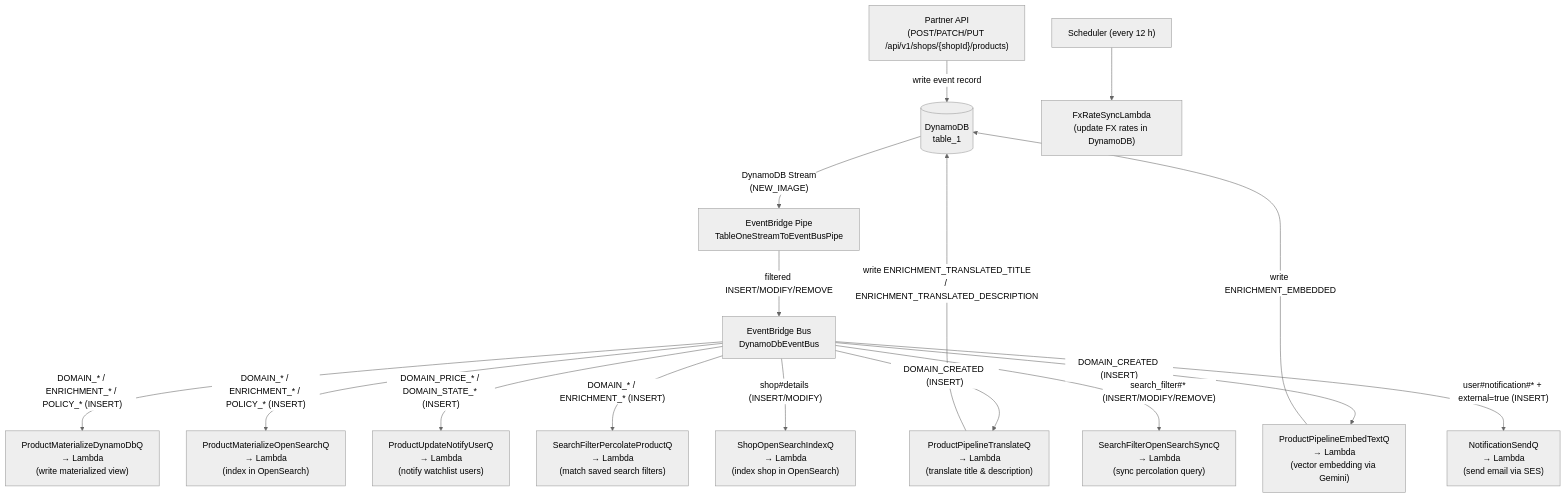
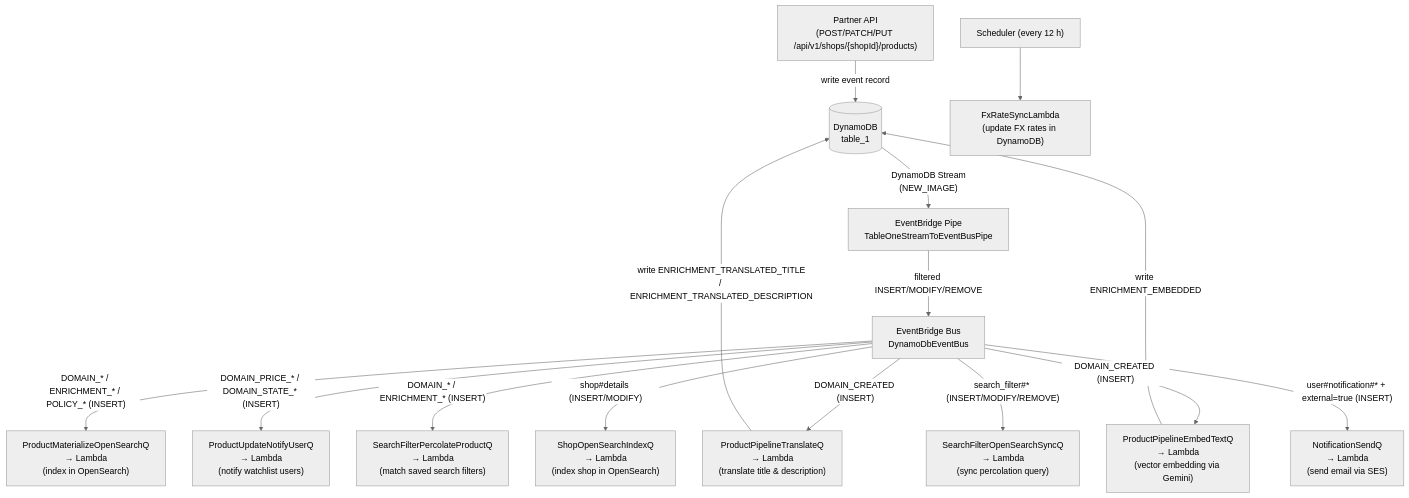
Before and after one commit to aura-historia/backend: the first of 2 diagrams in docs/events/flow.md, drawn with Mermaid (neutral theme). The commit also changed other lines of this file and 24 other files, not shown here.

````diff
--- a/docs/events/flow.md
+++ b/docs/events/flow.md
@@ -32,37 +31,36 @@
 ```mermaid
 flowchart TD
     API["Partner API\n(POST/PATCH/PUT /api/v1/shops/{shopId}/products)"]
     DB[("DynamoDB\ntable_1")]
     PIPE["EventBridge Pipe\nTableOneStreamToEventBusPipe"]
     BUS["EventBridge Bus\nDynamoDbEventBus"]
 
     API -->|"write event record"| DB
     DB -->|"DynamoDB Stream\n(NEW_IMAGE)"| PIPE
     PIPE -->|"filtered INSERT/MODIFY/REMOVE"| BUS
 
     %% Materialization
-    BUS -->|"DOMAIN_* / ENRICHMENT_* / POLICY_* (INSERT)"| MatDDB["ProductMaterializeDynamoDbQ\n→ Lambda\n(write materialized view)"]
     BUS -->|"DOMAIN_* / ENRICHMENT_* / POLICY_* (INSERT)"| MatOS["ProductMaterializeOpenSearchQ\n→ Lambda\n(index in OpenSearch)"]
 
     %% User notifications (only price & state changes)
     BUS -->|"DOMAIN_PRICE_* / DOMAIN_STATE_* (INSERT)"| NotifyUser["ProductUpdateNotifyUserQ\n→ Lambda\n(notify watchlist users)"]
     BUS -->|"DOMAIN_* / ENRICHMENT_* (INSERT)"| Percolate["SearchFilterPercolateProductQ\n→ Lambda\n(match saved search filters)"]
 
     %% Enrichment pipeline
     BUS -->|"DOMAIN_CREATED (INSERT)"| Translate["ProductPipelineTranslateQ\n→ Lambda\n(translate title & description)"]
     BUS -->|"DOMAIN_CREATED (INSERT)"| EmbedText["ProductPipelineEmbedTextQ\n→ Lambda\n(vector embedding via Gemini)"]
 
     %% Enrichment pipeline writes back to DynamoDB
     Translate -->|"write ENRICHMENT_TRANSLATED_TITLE\n/ ENRICHMENT_TRANSLATED_DESCRIPTION"| DB
     EmbedText -->|"write ENRICHMENT_EMBEDDED"| DB
 
     %% Shop & search filter sync
     BUS -->|"shop#details (INSERT/MODIFY)"| ShopOS["ShopOpenSearchIndexQ\n→ Lambda\n(index shop in OpenSearch)"]
     BUS -->|"search_filter#* (INSERT/MODIFY/REMOVE)"| SFSync["SearchFilterOpenSearchSyncQ\n→ Lambda\n(sync percolation query)"]
 
     %% External notification send
     BUS -->|"user#notification#* + external=true (INSERT)"| SendNotif["NotificationSendQ\n→ Lambda\n(send email via SES)"]
 
     %% Scheduled
     SCHED2["Scheduler (every 12 h)"] --> FxRate["FxRateSyncLambda\n(update FX rates in DynamoDB)"]
 ```
````
